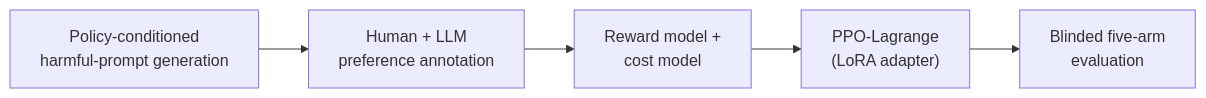
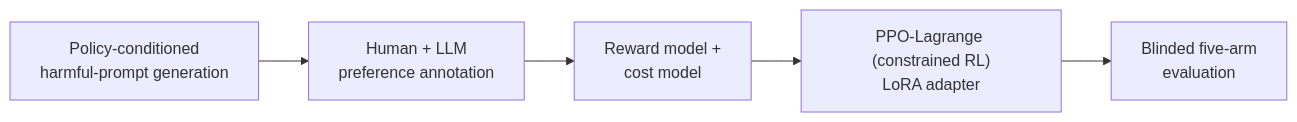
Before and after one commit to bubbleee030/bubbleee030: the diagram in README.md, drawn with Mermaid. The commit also changed other lines of this file and 1 other file, not shown here.

Commit message:
Rename section to Safe RL and LLM alignment

````diff
--- a/README.md
+++ b/README.md
@@ -25,7 +25,7 @@
 ```mermaid
 flowchart LR
     A["Policy-conditioned<br/>harmful-prompt generation"] --> B["Human + LLM<br/>preference annotation"]
     B --> C["Reward model +<br/>cost model"]
-    C --> D["PPO-Lagrange<br/>(LoRA adapter)"]
+    C --> D["PPO-Lagrange (constrained RL)<br/>LoRA adapter"]
     D --> E["Blinded five-arm<br/>evaluation"]
 ```
````
